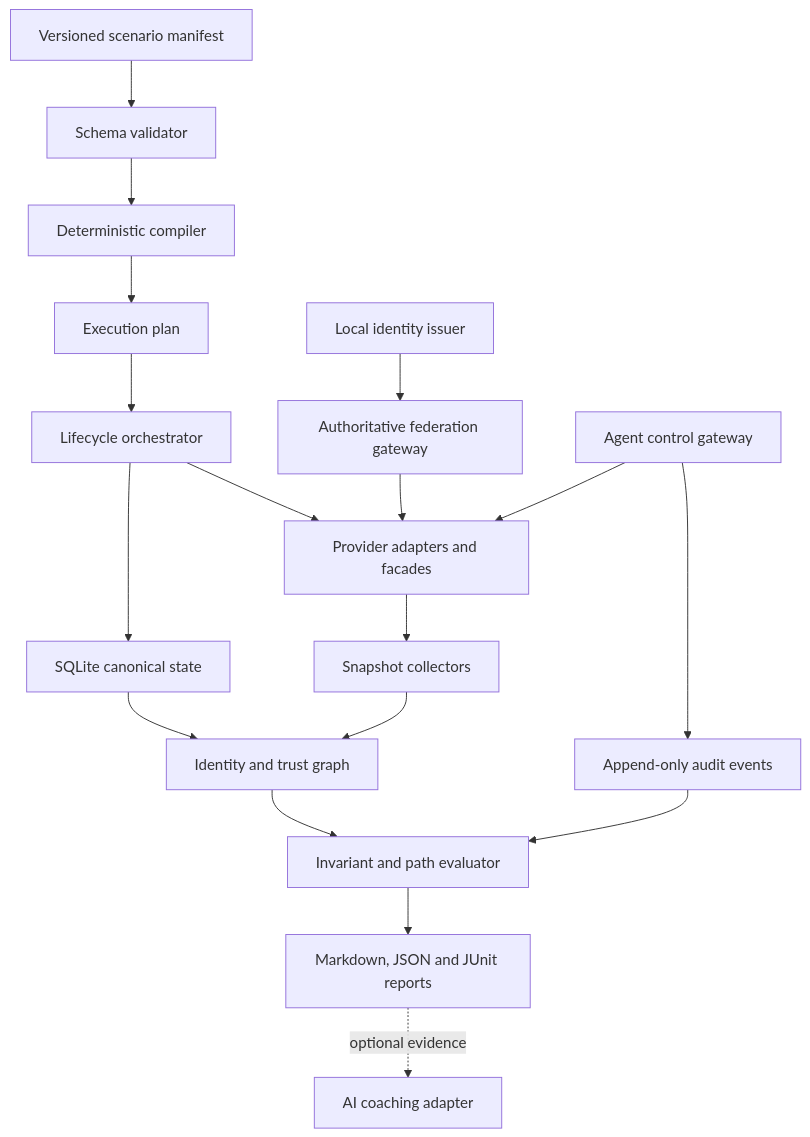
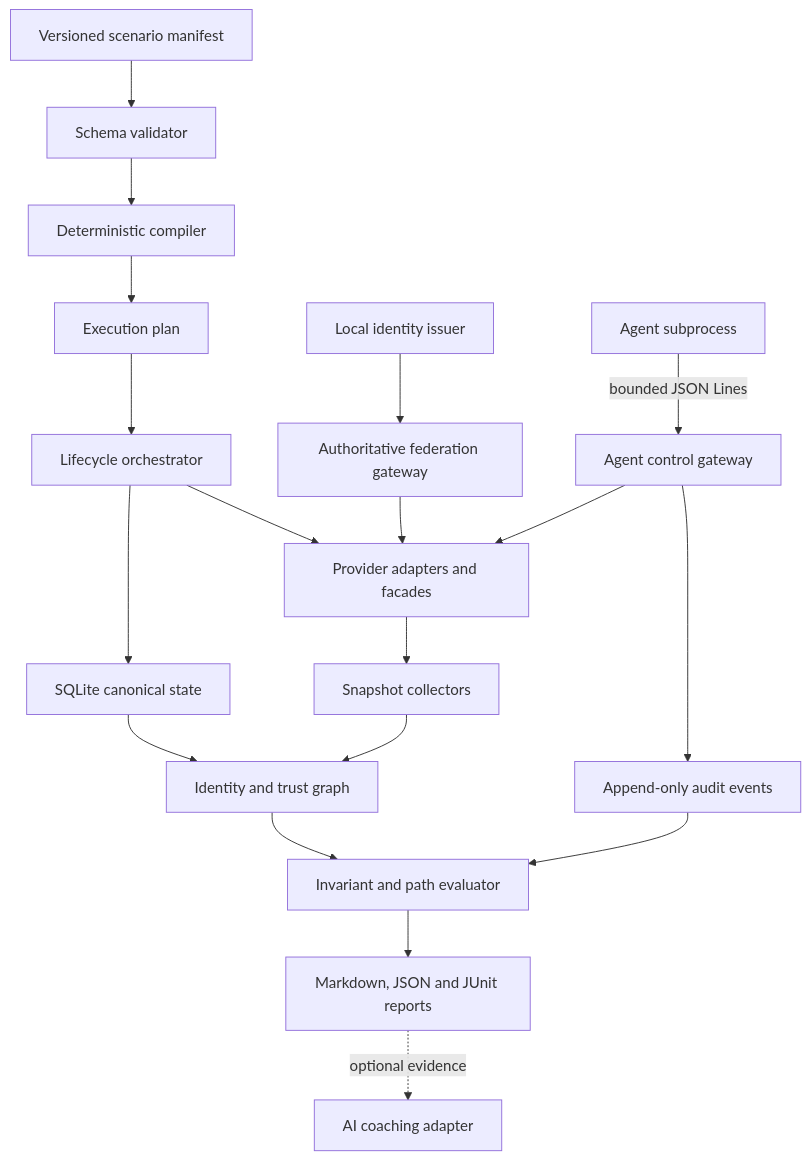
The second of 2 diagrams in docs/02-architecture/system-architecture.md (msinclair25/cailab), drawn with Mermaid before and after one commit. The commit also changed other lines of this file and 21 other files, not shown here.

````diff
--- a/docs/02-architecture/system-architecture.md
+++ b/docs/02-architecture/system-architecture.md
@@ -29,20 +29,21 @@
 ```mermaid
 flowchart TD
     Manifest["Versioned scenario manifest"] --> Validator["Schema validator"]
     Validator --> Compiler["Deterministic compiler"]
     Compiler --> Plan["Execution plan"]
     Plan --> Orchestrator["Lifecycle orchestrator"]
     Orchestrator --> State["SQLite canonical state"]
     Orchestrator --> Providers["Provider adapters and facades"]
     State --> Graph["Identity and trust graph"]
     Providers --> Collector["Snapshot collectors"]
     Collector --> Graph
     Issuer["Local identity issuer"] --> Federation["Authoritative federation gateway"]
     Federation --> Providers
     AgentGateway["Agent control gateway"] --> Providers
     AgentGateway --> Audit["Append-only audit events"]
+    AgentProcess["Agent subprocess"] -->|"bounded JSON Lines"| AgentGateway
     Graph --> Evaluator["Invariant and path evaluator"]
     Audit --> Evaluator
     Evaluator --> Reporter["Markdown, JSON and JUnit reports"]
     Reporter -. optional evidence .-> Coach["AI coaching adapter"]
 ```
````
